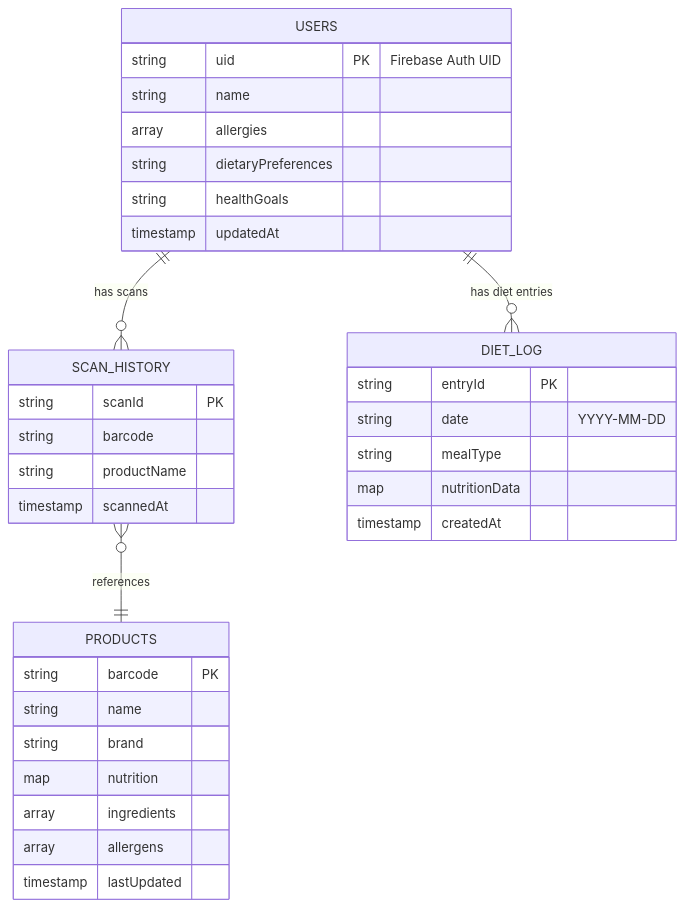
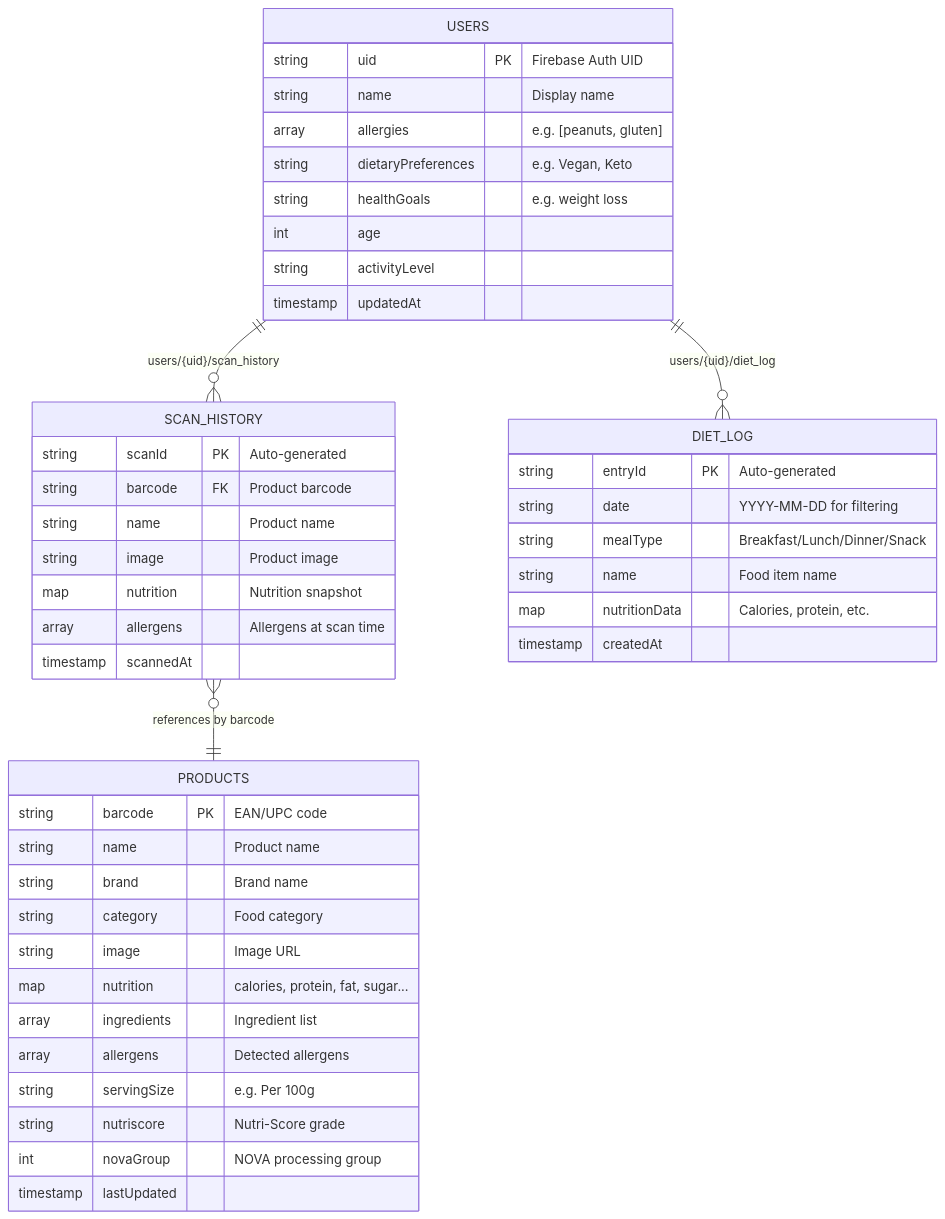
Before and after one commit to aanandmodi/food-insight-scanner: the sixth of 6 diagrams in README.md, drawn with Mermaid. The commit also changed other lines of this file and 22 other files, not shown here.

First line of the commit message:
Security: Remove exposed keys + Enhanced README with rich diagrams

````diff
--- a/README.md
+++ b/README.md
@@ -238,40 +374,51 @@
 ```mermaid
 erDiagram
     USERS {
         string uid PK "Firebase Auth UID"
-        string name
-        array allergies
-        string dietaryPreferences
-        string healthGoals
+        string name "Display name"
+        array allergies "e.g. [peanuts, gluten]"
+        string dietaryPreferences "e.g. Vegan, Keto"
+        string healthGoals "e.g. weight loss"
+        int age
+        string activityLevel
         timestamp updatedAt
     }
     
     PRODUCTS {
-        string barcode PK
-        string name
-        string brand
-        map nutrition
-        array ingredients
-        array allergens
+        string barcode PK "EAN/UPC code"
+        string name "Product name"
+        string brand "Brand name"
+        string category "Food category"
+        string image "Image URL"
+        map nutrition "calories, protein, fat, sugar..."
+        array ingredients "Ingredient list"
+        array allergens "Detected allergens"
+        string servingSize "e.g. Per 100g"
+        string nutriscore "Nutri-Score grade"
+        int novaGroup "NOVA processing group"
         timestamp lastUpdated
     }
     
     SCAN_HISTORY {
-        string scanId PK
-        string barcode
-        string productName
+        string scanId PK "Auto-generated"
+        string barcode FK "Product barcode"
+        string name "Product name"
+        string image "Product image"
+        map nutrition "Nutrition snapshot"
+        array allergens "Allergens at scan time"
         timestamp scannedAt
     }
     
     DIET_LOG {
-        string entryId PK
-        string date "YYYY-MM-DD"
-        string mealType
-        map nutritionData
+        string entryId PK "Auto-generated"
+        string date "YYYY-MM-DD for filtering"
+        string mealType "Breakfast/Lunch/Dinner/Snack"
+        string name "Food item name"
+        map nutritionData "Calories, protein, etc."
         timestamp createdAt
     }
     
-    USERS ||--o{ SCAN_HISTORY : "has scans"
-    USERS ||--o{ DIET_LOG : "has diet entries"
-    SCAN_HISTORY }o--|| PRODUCTS : "references"
+    USERS ||--o{ SCAN_HISTORY : "users/{uid}/scan_history"
+    USERS ||--o{ DIET_LOG : "users/{uid}/diet_log"
+    SCAN_HISTORY }o--|| PRODUCTS : "references by barcode"
 ```
````
